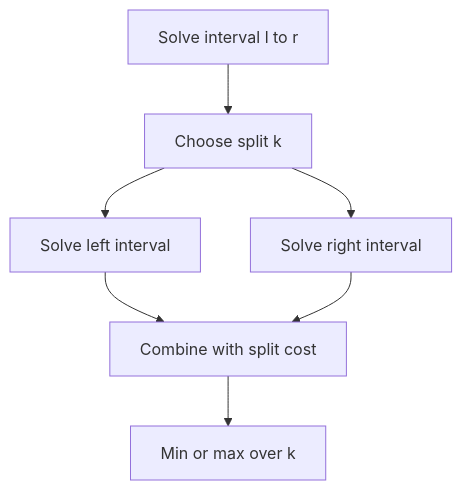
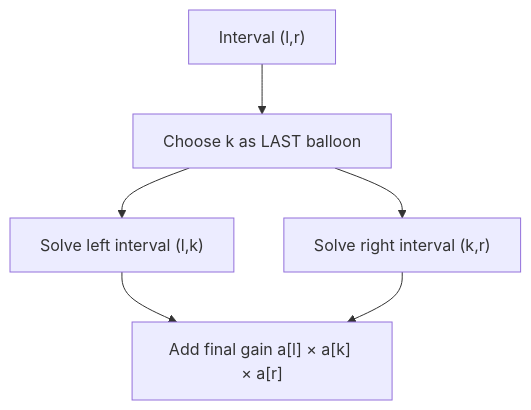
One commit to gaurav1kr/Miscellaneous changed the diagram in DSA/DP/DP_Mathematics_Master_Guide_Illustrated/Theory/Chapter-06.md. Above: the diagram before and after it, drawn with Mermaid. The commit also changed other lines of this file and 320 other files, not shown here.

````diff
--- a/DSA/DP/DP_Mathematics_Master_Guide_Illustrated/Theory/Chapter-06.md
+++ b/DSA/DP/DP_Mathematics_Master_Guide_Illustrated/Theory/Chapter-06.md
@@ -17,9 +25,8 @@
 ```mermaid
 flowchart TD
- A["Solve interval l to r"] --> B["Choose split k"]
- B --> C["Solve left interval"]
- B --> D["Solve right interval"]
- C --> E["Combine with split cost"]
+ A["Interval (l,r)"] --> B["Choose k as LAST balloon"]
+ B --> C["Solve left interval (l,k)"]
+ B --> D["Solve right interval (k,r)"]
+ C --> E["Add final gain a[l] × a[k] × a[r]"]
  D --> E
- E --> F["Min or max over k"]
 ```
````
